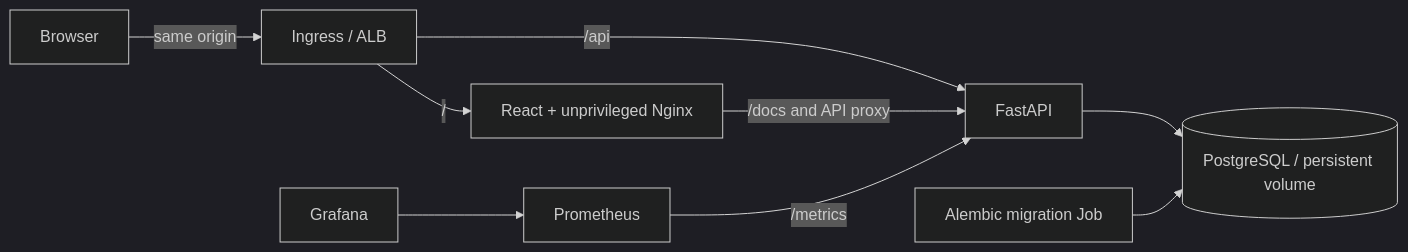
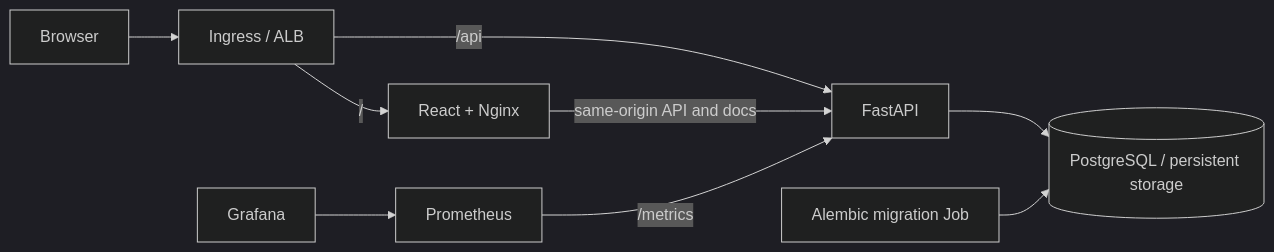
Before and after one commit to NoteLegend/devOps-TaskBoard: the first of 2 diagrams in README.md, drawn with Mermaid (dark theme). The commit also changed other lines of this file and 26 other files, not shown here.

````diff
--- a/README.md
+++ b/README.md
@@ -42,11 +33,11 @@
 ```mermaid
 flowchart LR
-  Browser -->|same origin| Ingress[Ingress / ALB]
-  Ingress -->|/| UI[React + unprivileged Nginx]
+  Browser --> Ingress[Ingress / ALB]
+  Ingress -->|/| UI[React + Nginx]
   Ingress -->|/api| API[FastAPI]
-  UI -->|/docs and API proxy| API
-  API --> DB[(PostgreSQL / persistent volume)]
+  UI -->|same-origin API and docs| API
+  API --> DB[(PostgreSQL / persistent storage)]
   Migration[Alembic migration Job] --> DB
   Prometheus -->|/metrics| API
   Grafana --> Prometheus
 ```
````
